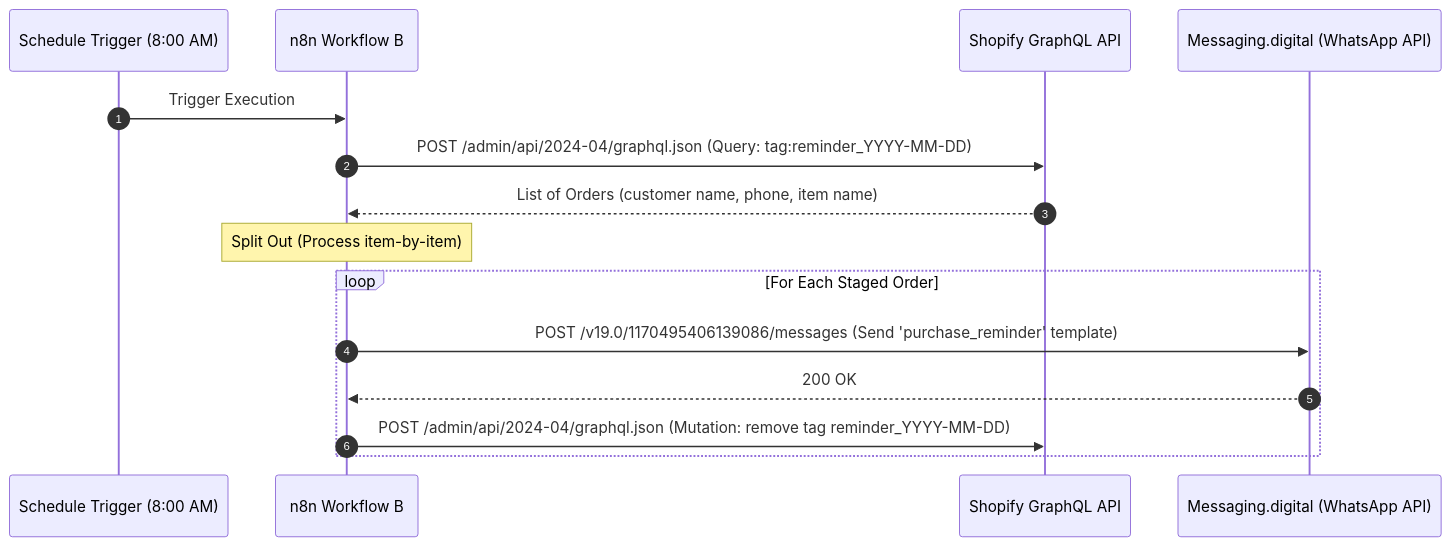
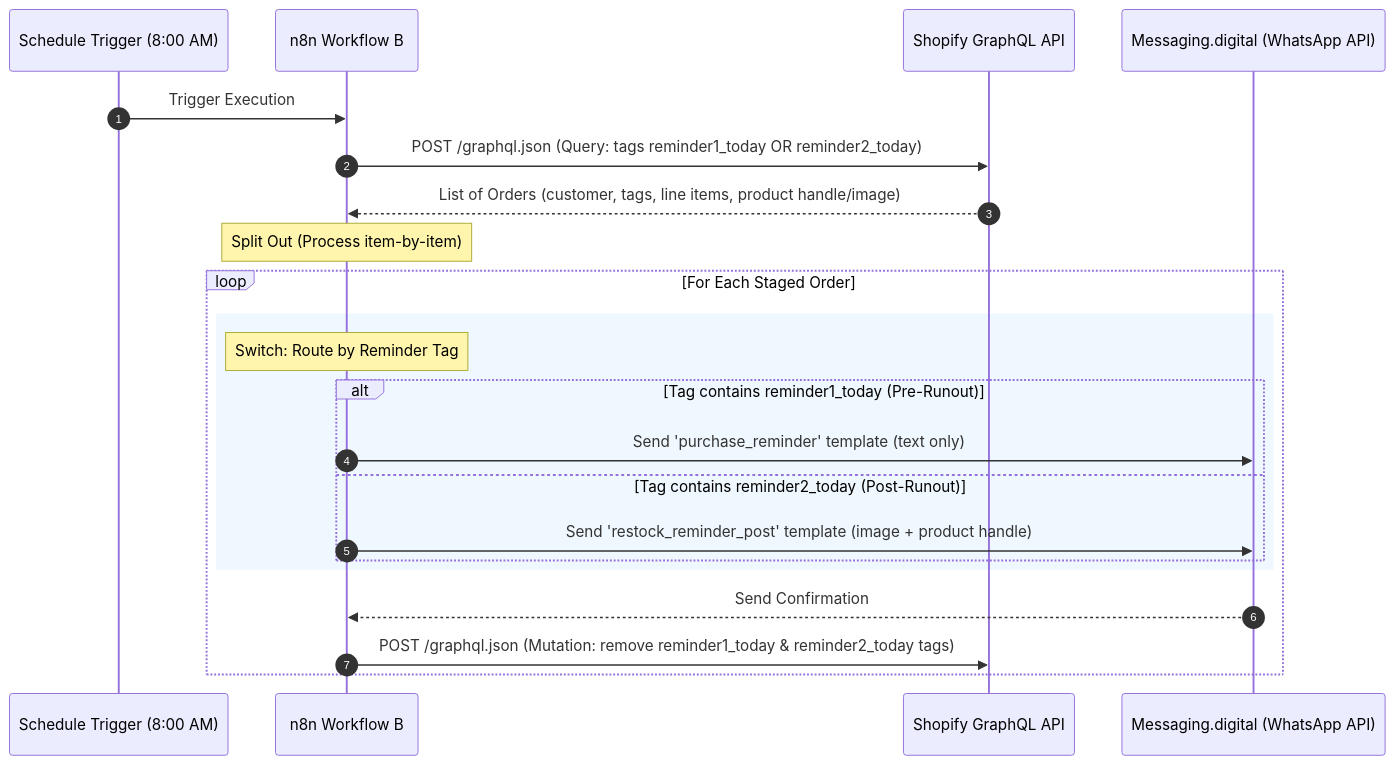
One commit to abhishek-pandey7/Naturavest-Product-End-Reminder changed the third of 3 diagrams in Workflow 1 - Product End Reminder/workflow_1_architecture.md. Above: the diagram before and after it, drawn with Mermaid. The commit also changed other lines of this file and 1 other file, not shown here.

Commit message:
Update architectural and system design docs for two-stage reminders

````diff
--- a/Workflow 1 - Product End Reminder/workflow_1_architecture.md
+++ b/Workflow 1 - Product End Reminder/workflow_1_architecture.md
@@ -83,18 +87,25 @@
 ```mermaid
 sequenceDiagram
     autonumber
     participant Cron as Schedule Trigger (8:00 AM)
     participant n8n as n8n Workflow B
     participant Shopify as Shopify GraphQL API
     participant WA as Messaging.digital (WhatsApp API)
 
     Cron->>n8n: Trigger Execution
-    n8n->>Shopify: POST /admin/api/2024-04/graphql.json (Query: tag:reminder_YYYY-MM-DD)
-    Shopify-->>n8n: List of Orders (customer name, phone, item name)
+    n8n->>Shopify: POST /graphql.json (Query: tags reminder1_today OR reminder2_today)
+    Shopify-->>n8n: List of Orders (customer, tags, line items, product handle/image)
     Note over n8n: Split Out (Process item-by-item)
     loop For Each Staged Order
-        n8n->>WA: POST /v19.0/1170495406139086/messages (Send 'purchase_reminder' template)
-        WA-->>n8n: 200 OK
-        n8n->>Shopify: POST /admin/api/2024-04/graphql.json (Mutation: remove tag reminder_YYYY-MM-DD)
+        rect rgb(240, 248, 255)
+            Note over n8n: Switch: Route by Reminder Tag
+            alt Tag contains reminder1_today (Pre-Runout)
+                n8n->>WA: Send 'purchase_reminder' template (text only)
+            else Tag contains reminder2_today (Post-Runout)
+                n8n->>WA: Send 'restock_reminder_post' template (image + product handle)
+            end
+        end
+        WA-->>n8n: Send Confirmation
+        n8n->>Shopify: POST /graphql.json (Mutation: remove reminder1_today & reminder2_today tags)
     end
 ```
````
